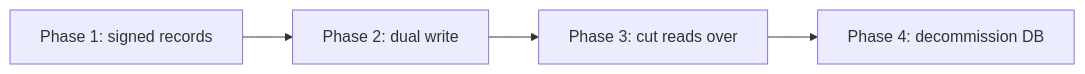
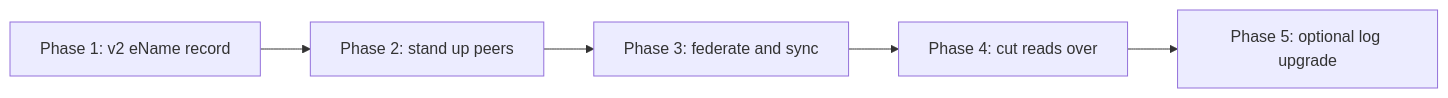
Before and after one commit to w3ds-docs/w3ds-docs: the diagram in content/docs/architecture/decentralised-registry/comparison.md, drawn with Mermaid. The commit also changed other lines of this file and 4 other files, not shown here.

````diff
--- a/content/docs/architecture/decentralised-registry/comparison.md
+++ b/content/docs/architecture/decentralised-registry/comparison.md
@@ -90,6 +88,7 @@
 ```mermaid
 graph LR
-    A[Phase 1: signed records] --> B[Phase 2: dual write]
-    B --> C[Phase 3: cut reads over]
-    C --> D[Phase 4: decommission DB]
+    A[Phase 1: v2 eName record] --> B[Phase 2: stand up peers]
+    B --> C[Phase 3: federate and sync]
+    C --> D[Phase 4: cut reads over]
+    D --> E[Phase 5: optional log upgrade]
 ```
````
